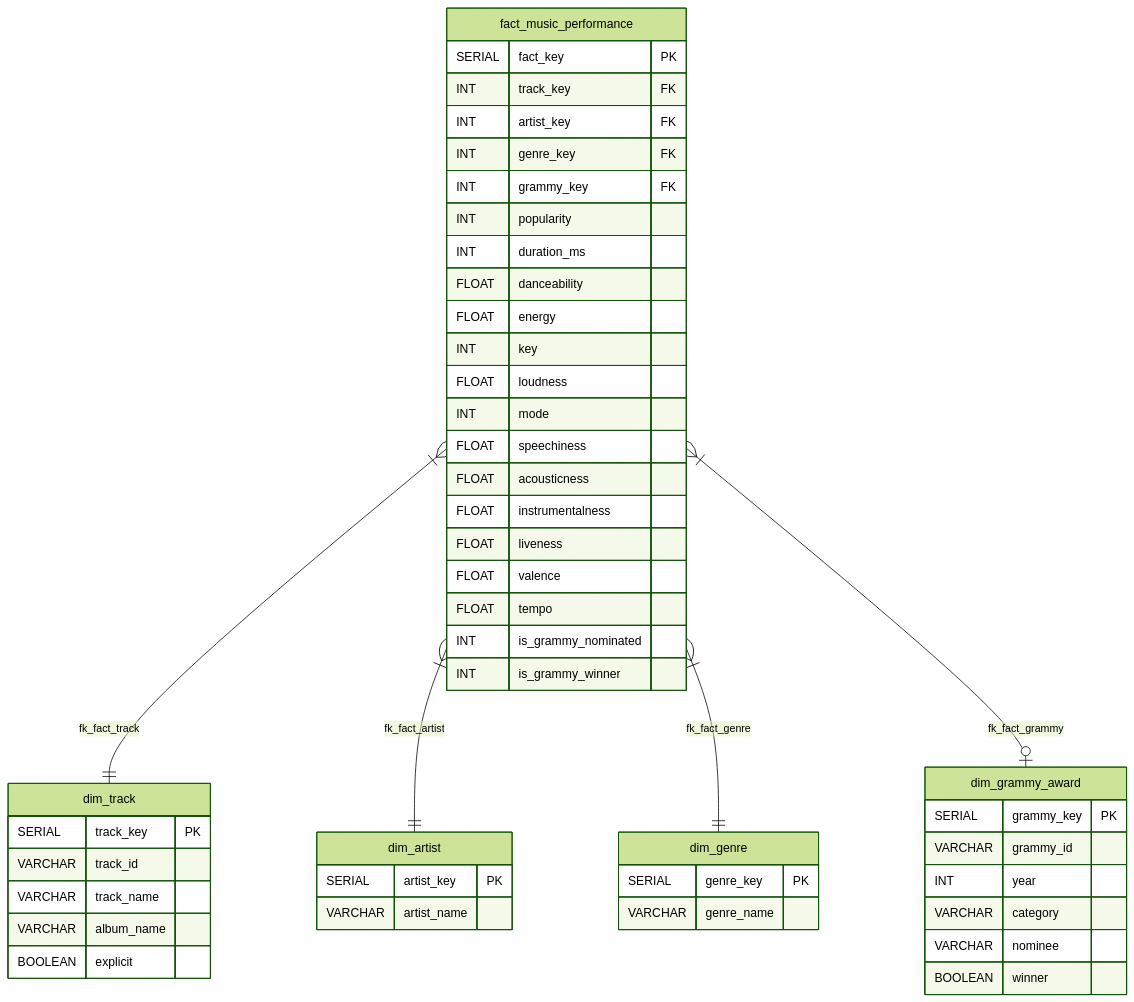
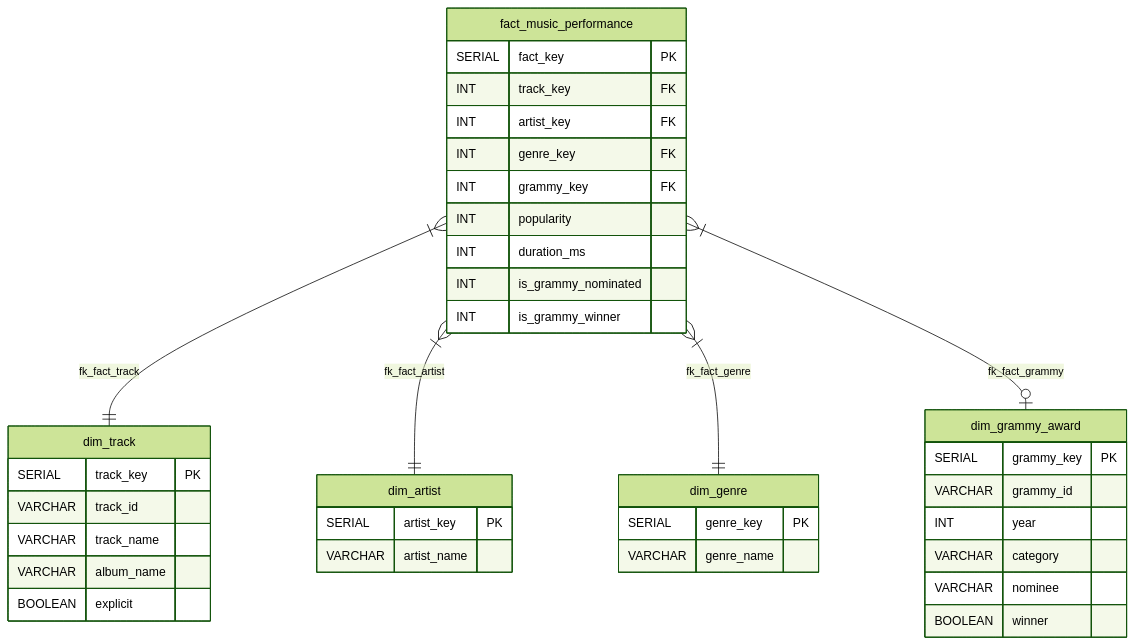
One commit to FelipeMM04/workshop-2 changed the diagram in README.md. Above: the diagram before and after it, drawn with Mermaid (forest theme). The commit also changed other lines of this file, not shown here.

````diff
--- a/README.md
+++ b/README.md
@@ -291,57 +275,46 @@
 ```mermaid
 erDiagram
     dim_track {
         SERIAL track_key PK
         VARCHAR track_id
         VARCHAR track_name
         VARCHAR album_name
         BOOLEAN explicit
     }
 
     dim_artist {
         SERIAL artist_key PK
         VARCHAR artist_name
     }
 
     dim_genre {
         SERIAL genre_key PK
         VARCHAR genre_name
     }
 
     dim_grammy_award {
         SERIAL grammy_key PK
         VARCHAR grammy_id
         INT year
         VARCHAR category
         VARCHAR nominee
         BOOLEAN winner
     }
 
     fact_music_performance {
         SERIAL fact_key PK
         INT track_key FK
         INT artist_key FK
         INT genre_key FK
         INT grammy_key FK
         INT popularity
         INT duration_ms
-        FLOAT danceability
-        FLOAT energy
-        INT key
-        FLOAT loudness
-        INT mode
-        FLOAT speechiness
-        FLOAT acousticness
-        FLOAT instrumentalness
-        FLOAT liveness
-        FLOAT valence
-        FLOAT tempo
         INT is_grammy_nominated
         INT is_grammy_winner
     }
 
     fact_music_performance }|--|| dim_track : "fk_fact_track"
     fact_music_performance }|--|| dim_artist : "fk_fact_artist"
     fact_music_performance }|--|| dim_genre : "fk_fact_genre"
     fact_music_performance }|--o| dim_grammy_award : "fk_fact_grammy"
 ```
````
